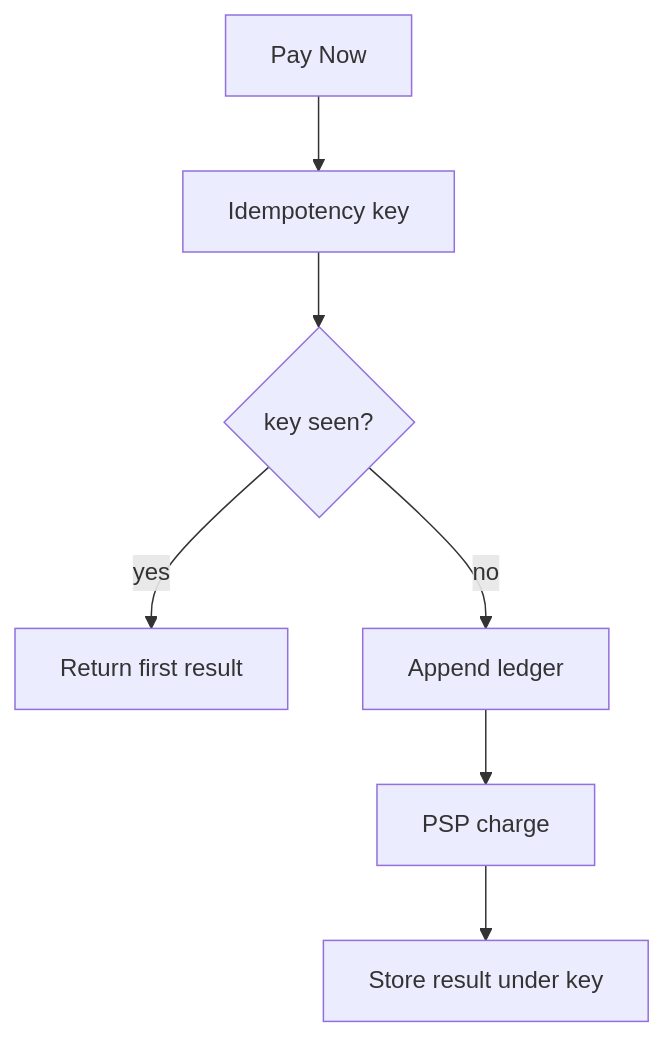
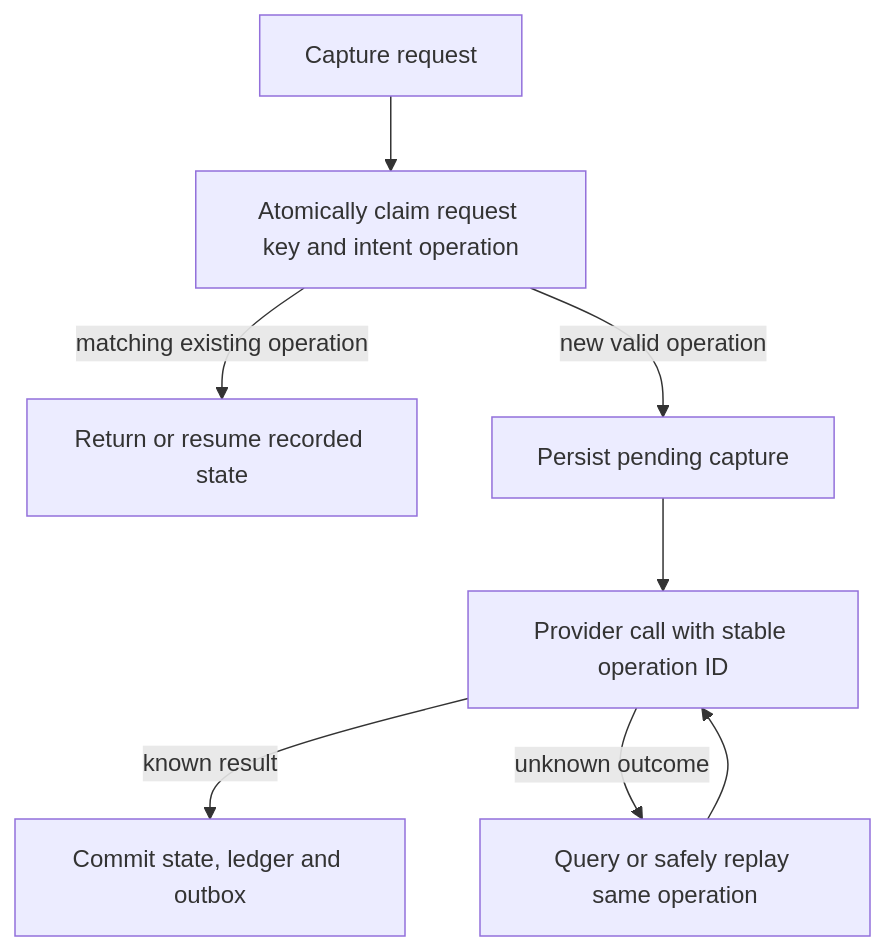
Before and after one commit to jdodsoncollins/study-material: the diagram in lessons/system-design/cases/payment-idempotency/viz/keys.md, drawn with Mermaid. The commit also changed 175 other files, not shown here.

````diff
--- a/lessons/system-design/cases/payment-idempotency/viz/keys.md
+++ b/lessons/system-design/cases/payment-idempotency/viz/keys.md
@@ -3,9 +3,10 @@
 ```mermaid
 flowchart TB
-  tap[Pay Now] --> key[Idempotency key]
-  key --> seen{key seen?}
-  seen -->|yes| replay[Return first result]
-  seen -->|no| ledger[Append ledger]
-  ledger --> psp[PSP charge]
-  psp --> store[Store result under key]
+  req[Capture request] --> claim[Atomically claim request key and intent operation]
+  claim -->|matching existing operation| replay[Return or resume recorded state]
+  claim -->|new valid operation| pending[Persist pending capture]
+  pending --> psp[Provider call with stable operation ID]
+  psp -->|known result| commit[Commit state, ledger and outbox]
+  psp -->|unknown outcome| reconcile[Query or safely replay same operation]
+  reconcile --> psp
 ```
````
